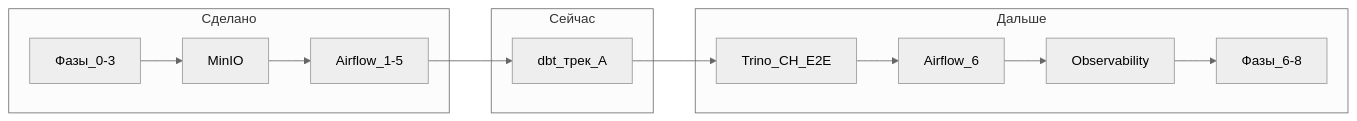
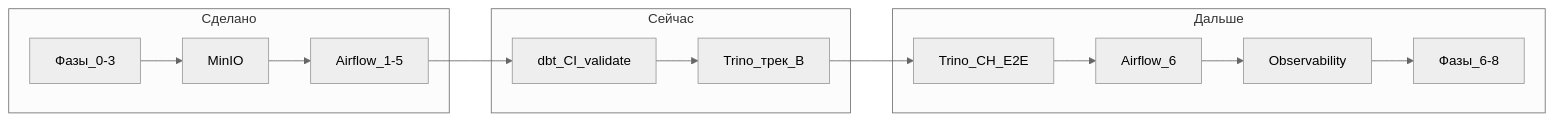
One commit to FedAnt/MlOps changed the diagram in вакансий/карта-курса-лаборатории.md. Above: the diagram before and after it, drawn with Mermaid (neutral theme). The commit also changed other lines of this file and 2 other files, not shown here.

First line of the commit message:
Update training documentation for dbt and Airflow integration progress

````diff
--- a/вакансий/карта-курса-лаборатории.md
+++ b/вакансий/карта-курса-лаборатории.md
@@ -39,18 +39,19 @@
 ```mermaid
 flowchart LR
   subgraph done [Сделано]
     P03[Фазы_0-3]
     MinIO[MinIO]
     AF5[Airflow_1-5]
   end
   subgraph now [Сейчас]
-    dbt[dbt_трек_A]
+    dbtCI[dbt_CI_validate]
+    trinoB[Trino_трек_B]
   end
   subgraph next [Дальше]
     TCH[Trino_CH_E2E]
     AF6[Airflow_6]
     Obs[Observability]
     Fin[Фазы_6-8]
   end
-  P03 --> MinIO --> AF5 --> dbt --> TCH --> AF6 --> Obs --> Fin
+  P03 --> MinIO --> AF5 --> dbtCI --> trinoB --> TCH --> AF6 --> Obs --> Fin
 ```
````
